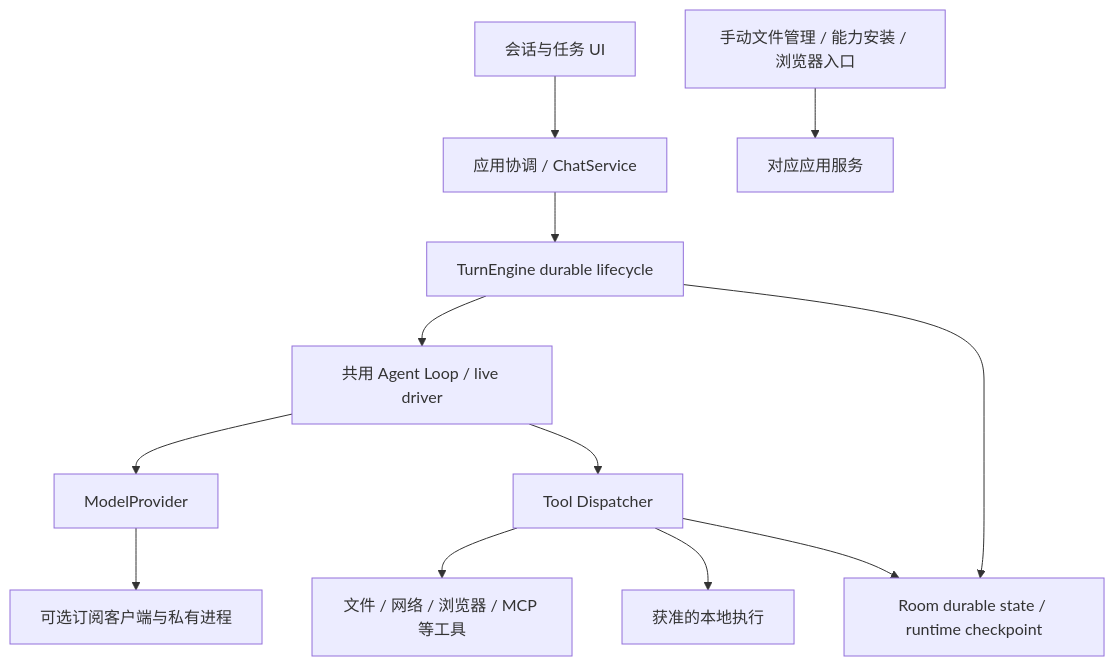
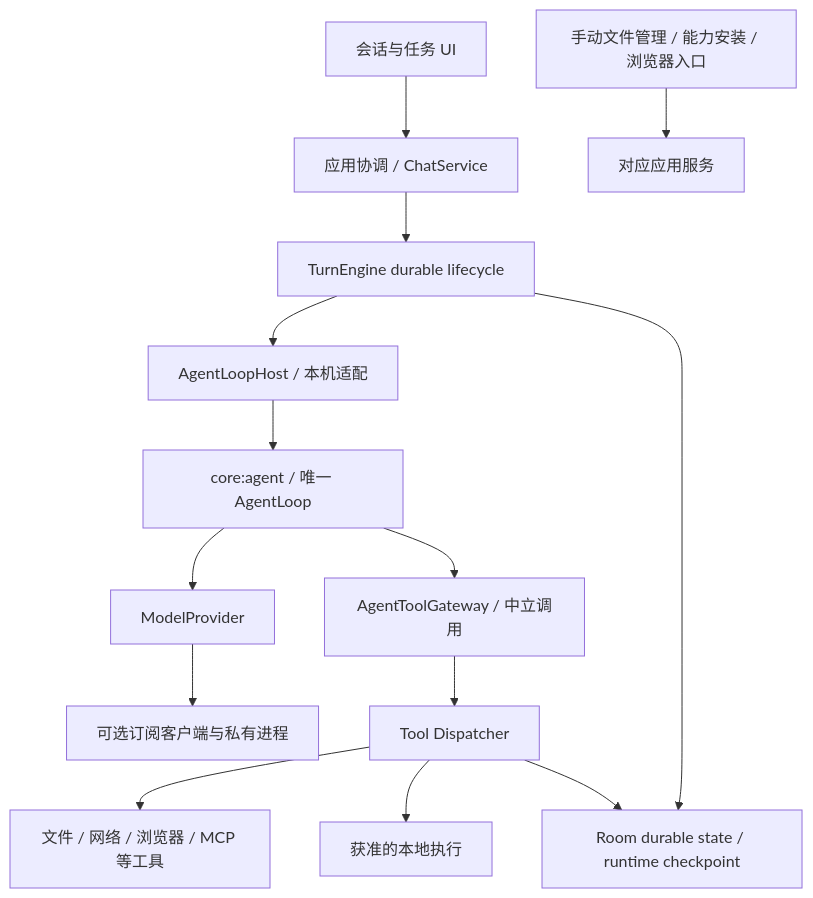
Before and after one commit to dollarser/helix-agent: the diagram in docs/architecture/overview.md, drawn with Mermaid. The commit also changed other lines of this file and 425 other files, not shown here.

````diff
--- a/docs/architecture/overview.md
+++ b/docs/architecture/overview.md
@@ -16,14 +16,16 @@
 ```mermaid
 flowchart TD
   UI[会话与任务 UI] --> Coordinator[应用协调 / ChatService]
   Coordinator --> Engine[TurnEngine durable lifecycle]
-  Engine --> Loop[共用 Agent Loop / live driver]
+  Engine --> Host[AgentLoopHost / 本机适配]
+  Host --> Loop[core:agent / 唯一 AgentLoop]
   Engine --> State[Room durable state / runtime checkpoint]
   Loop --> Provider[ModelProvider]
-  Loop --> Dispatcher[Tool Dispatcher]
+  Loop --> Gateway[AgentToolGateway / 中立调用]
+  Gateway --> Dispatcher[Tool Dispatcher]
   Dispatcher --> Tools[文件 / 网络 / 浏览器 / MCP 等工具]
   Dispatcher --> Runtime[获准的本地执行]
   Manual[手动文件管理 / 能力安装 / 浏览器入口] --> Services[对应应用服务]
   Dispatcher --> State
   Provider --> Subscription[可选订阅客户端与私有进程]
 ```
````
